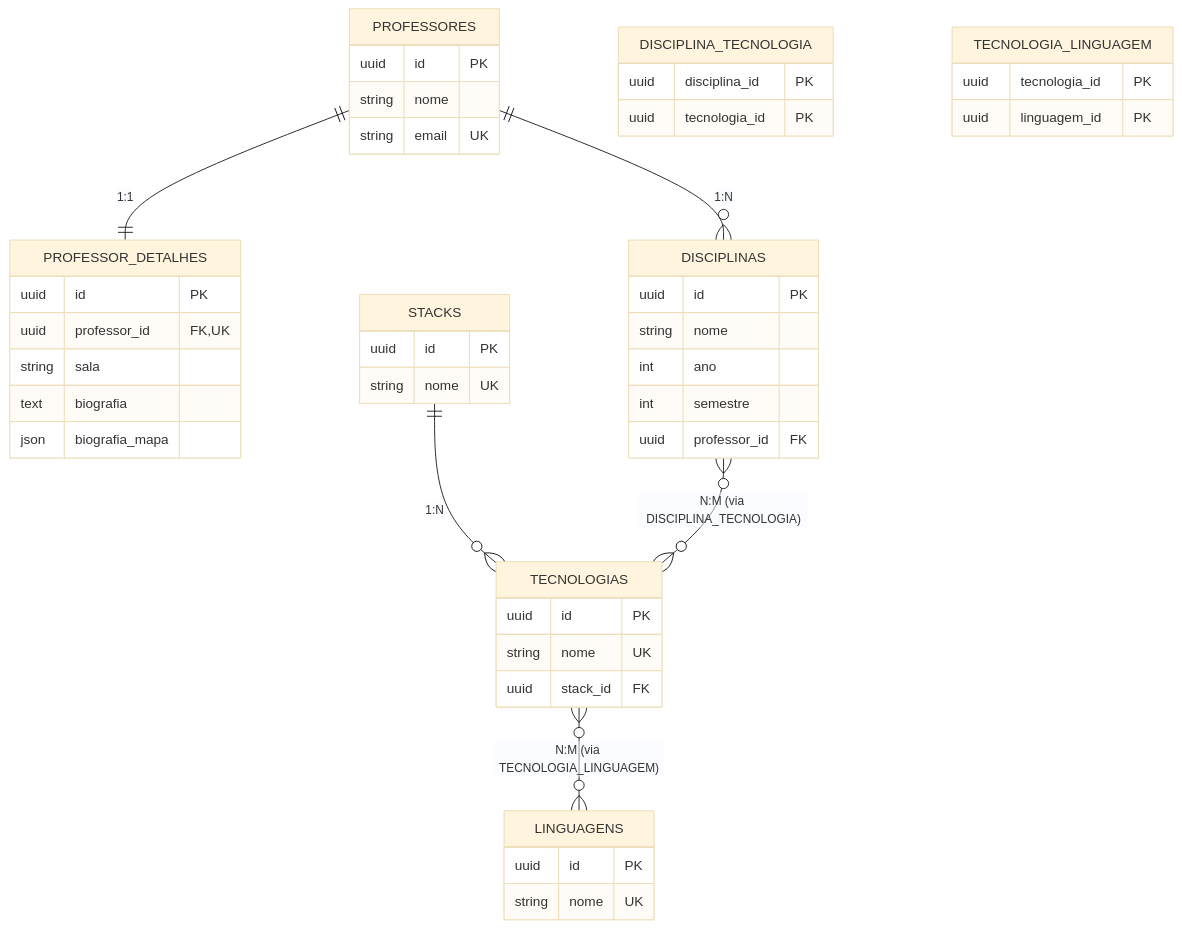
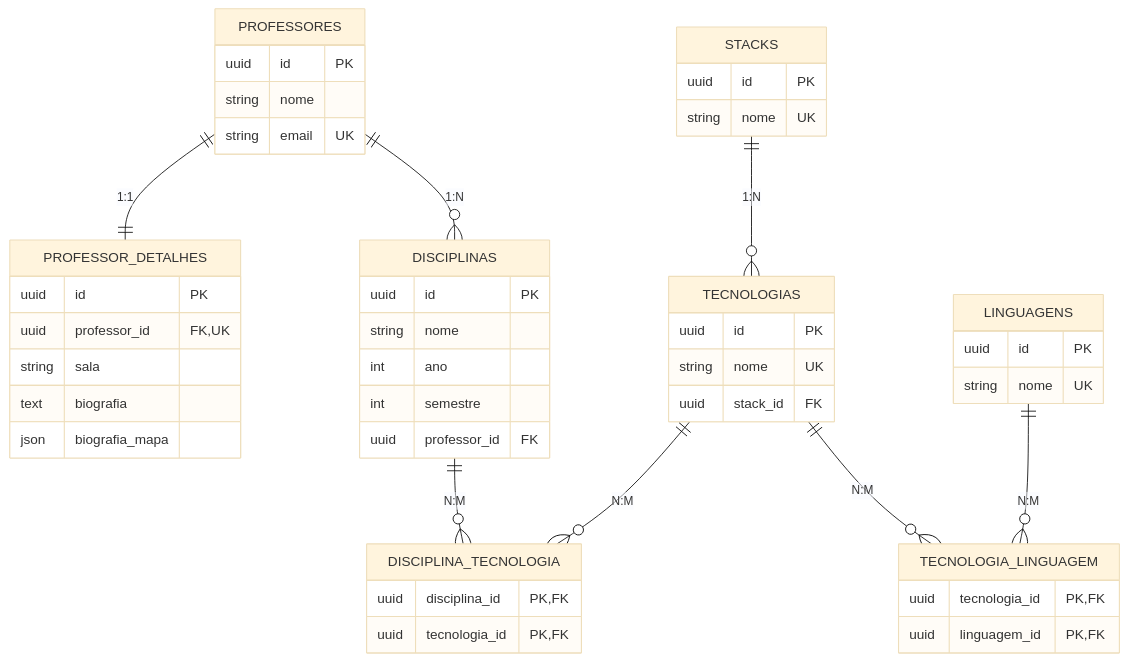
Before and after one commit to prof-ronildo-unicatolica/estagio-desenvolvimento-web: the second of 2 diagrams in docs/03_arquitetura_tecnica/modelagem_dados_postgres.md, drawn with Mermaid (base theme). The commit also changed other lines of this file and 8 other files, not shown here.

````diff
--- a/docs/03_arquitetura_tecnica/modelagem_dados_postgres.md
+++ b/docs/03_arquitetura_tecnica/modelagem_dados_postgres.md
@@ -223,56 +263,58 @@
 ```mermaid
 erDiagram
     PROFESSORES {
         uuid id PK
         string nome
         string email UK
     }
 
     PROFESSOR_DETALHES {
         uuid id PK
         uuid professor_id FK,UK
         string sala
         text biografia
         json biografia_mapa
     }
 
     DISCIPLINAS {
         uuid id PK
         string nome
         int ano
         int semestre
         uuid professor_id FK
     }
 
     TECNOLOGIAS {
         uuid id PK
         string nome UK
         uuid stack_id FK
     }
 
     STACKS {
         uuid id PK
         string nome UK
     }
 
     LINGUAGENS {
         uuid id PK
         string nome UK
     }
 
     DISCIPLINA_TECNOLOGIA {
-        uuid disciplina_id PK
-        uuid tecnologia_id PK
+        uuid disciplina_id PK,FK
+        uuid tecnologia_id PK,FK
     }
 
     TECNOLOGIA_LINGUAGEM {
-        uuid tecnologia_id PK
-        uuid linguagem_id PK
+        uuid tecnologia_id PK,FK
+        uuid linguagem_id PK,FK
     }
 
     PROFESSORES ||--|| PROFESSOR_DETALHES : "1:1"
     PROFESSORES ||--o{ DISCIPLINAS : "1:N"
     STACKS ||--o{ TECNOLOGIAS : "1:N"
-    DISCIPLINAS }o--o{ TECNOLOGIAS : "N:M (via DISCIPLINA_TECNOLOGIA)"
-    TECNOLOGIAS }o--o{ LINGUAGENS : "N:M (via TECNOLOGIA_LINGUAGEM)"
+    DISCIPLINAS ||--o{ DISCIPLINA_TECNOLOGIA : "N:M"
+    TECNOLOGIAS ||--o{ DISCIPLINA_TECNOLOGIA : "N:M"
+    TECNOLOGIAS ||--o{ TECNOLOGIA_LINGUAGEM : "N:M"
+    LINGUAGENS ||--o{ TECNOLOGIA_LINGUAGEM : "N:M"
 ```
````
